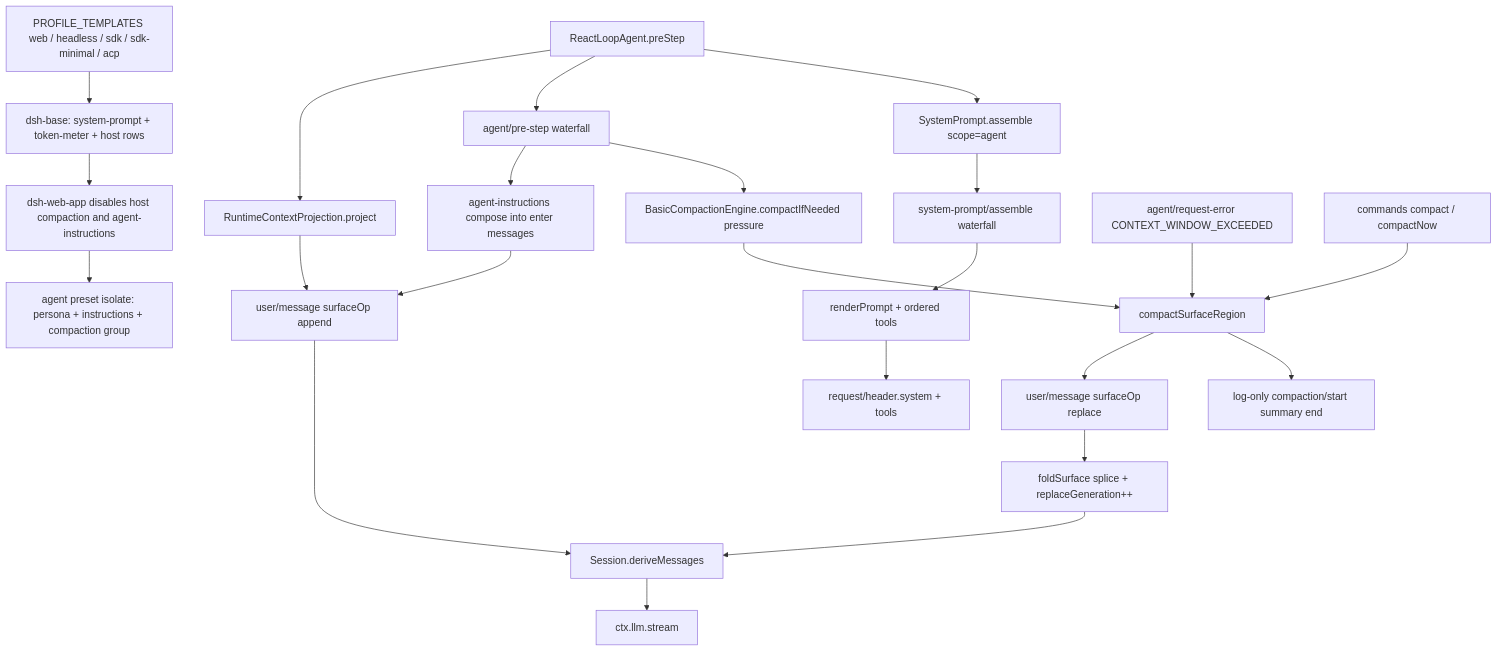
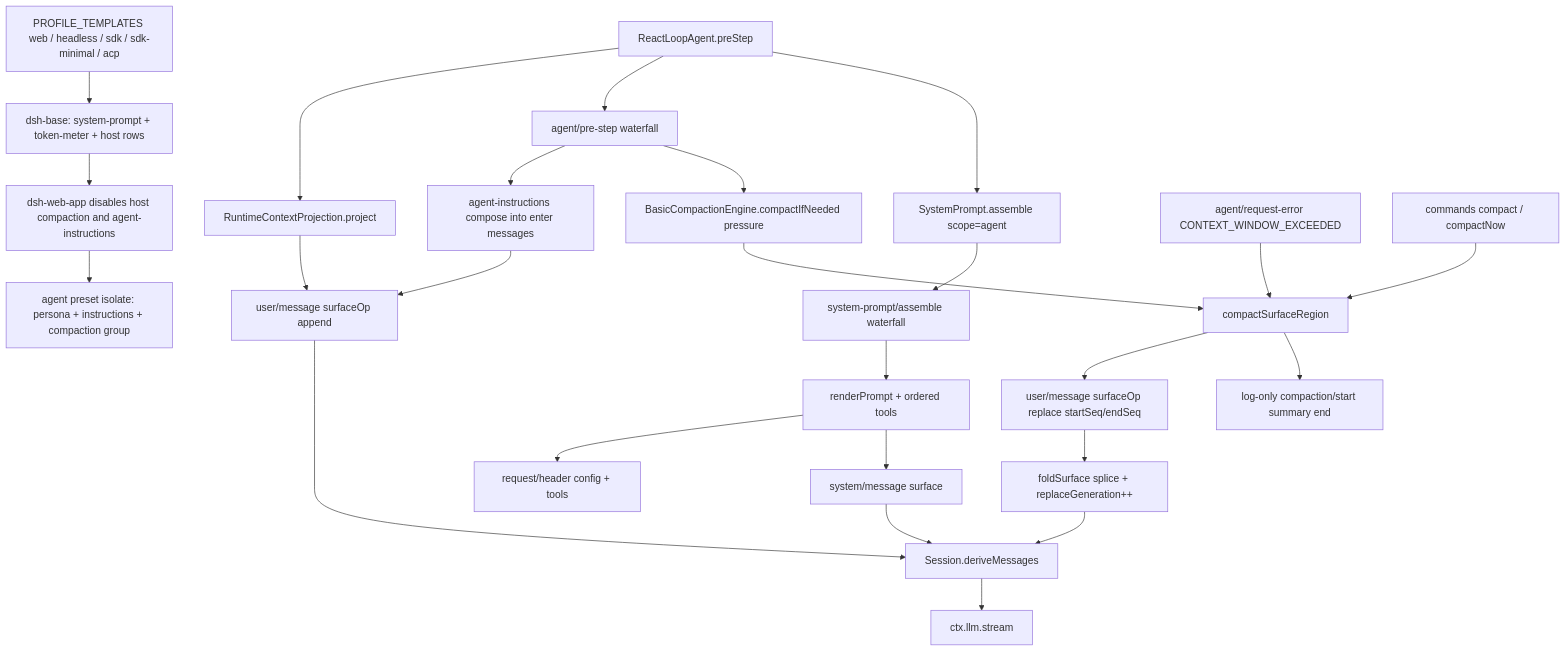
The diagram in docs/llm-wiki/deepseek-harness/spine/context-and-compaction.md (wdnmdtonyma/SOTA-Agent-LLM-Wiki), drawn with Mermaid before and after one commit. The commit also changed other lines of this file and 219 other files, not shown here.

````diff
--- a/docs/llm-wiki/deepseek-harness/spine/context-and-compaction.md
+++ b/docs/llm-wiki/deepseek-harness/spine/context-and-compaction.md
@@ -67,25 +67,27 @@
 ```mermaid
 flowchart TD
   Profile["PROFILE_TEMPLATES web / headless / sdk / sdk-minimal / acp"] --> Base["dsh-base: system-prompt + token-meter + host rows"]
   Base --> Web["dsh-web-app disables host compaction and agent-instructions"]
   Web --> Preset["agent preset isolate: persona + instructions + compaction group"]
   Loop["ReactLoopAgent.preStep"] --> Assemble["SystemPrompt.assemble scope=agent"]
   Assemble --> Waterfall["system-prompt/assemble waterfall"]
   Waterfall --> Render["renderPrompt + ordered tools"]
   Loop --> PreStep["agent/pre-step waterfall"]
   PreStep --> Pressure["BasicCompactionEngine.compactIfNeeded pressure"]
   PreStep --> Inject["agent-instructions compose into enter messages"]
   Loop --> Snapshot["RuntimeContextProjection.project"]
   Pressure --> Region["compactSurfaceRegion"]
   Overflow["agent/request-error CONTEXT_WINDOW_EXCEEDED"] --> Region
   Manual["commands compact / compactNow"] --> Region
   Region --> Markers["log-only compaction/start summary end"]
-  Region --> Replace["user/message surfaceOp replace"]
+  Region --> Replace["user/message surfaceOp replace startSeq/endSeq"]
   Replace --> Fold["foldSurface splice + replaceGeneration++"]
   Fold --> Derive["Session.deriveMessages"]
-  Render --> Header["request/header.system + tools"]
+  Render --> SysMsg["system/message surface"]
+  Render --> Header["request/header config + tools"]
   Snapshot --> SurfaceAppend["user/message surfaceOp append"]
   Inject --> SurfaceAppend
+  SysMsg --> Derive
   SurfaceAppend --> Derive
   Derive --> LLM["ctx.llm.stream"]
 ```
````
